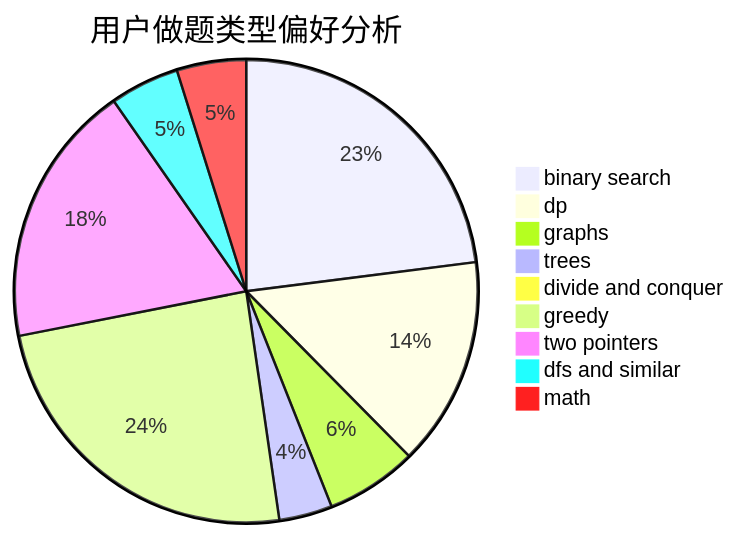
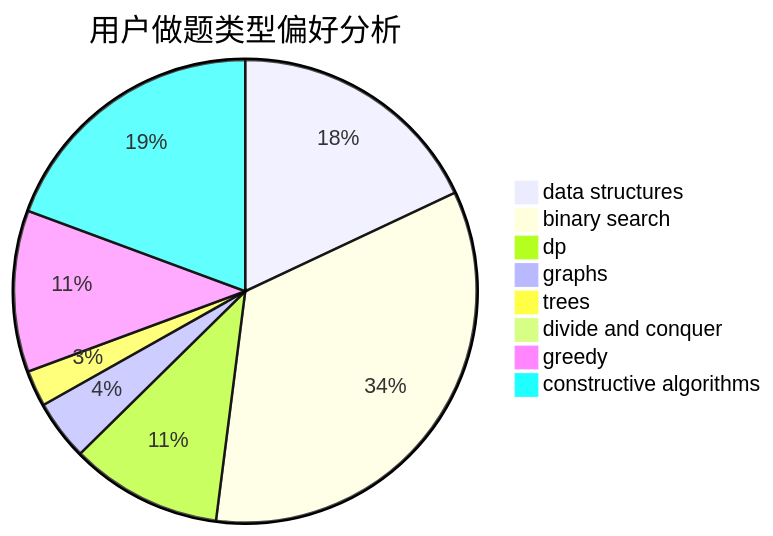
Before and after one commit to sherpahu/cfrs.github.io: the second of 3 diagrams in docs/user/u1284.md, drawn with Mermaid. The commit also changed other lines of this file and 2775 other files, not shown here.

````diff
--- a/docs/user/u1284.md
+++ b/docs/user/u1284.md
@@ -23,12 +23,11 @@
 ```mermaid
 pie title 用户做题类型偏好分析
-    "binary search" :  266
-    "dp" :  169
-    "graphs" :  74
-    "trees" :  43
-    "divide and conquer" :  10
-    "greedy" :  280
-    "two pointers" :  213
-    "dfs and similar" :  56
-    "math" :  56
+    "data structures" :  107
+    "binary search" :  202
+    "dp" :  63
+    "graphs" :  25
+    "trees" :  15
+    "divide and conquer" :  3
+    "greedy" :  67
+    "constructive algorithms" :  115
 ```
````
